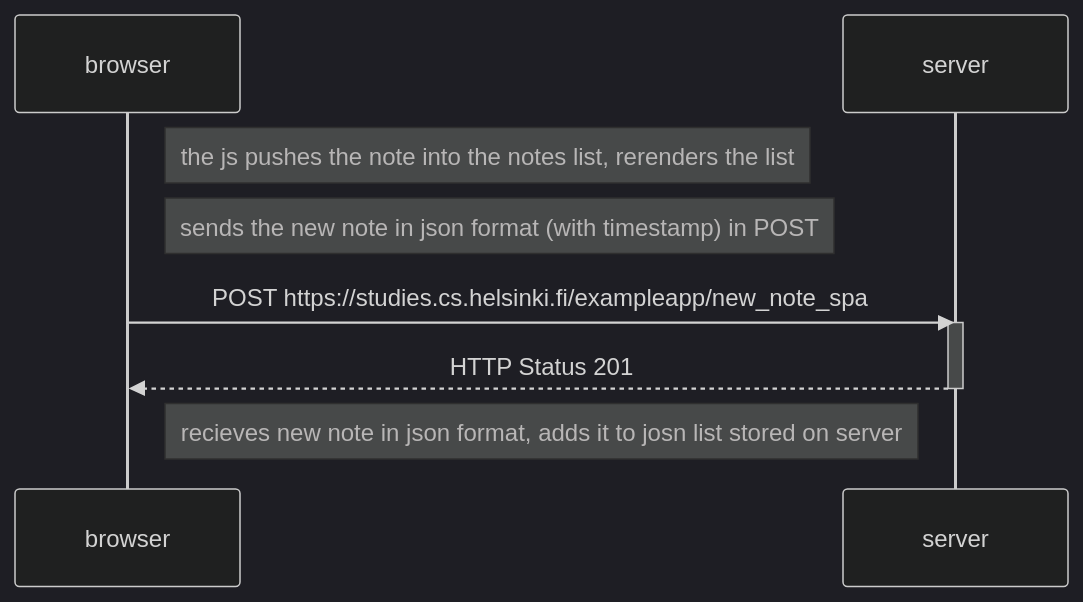
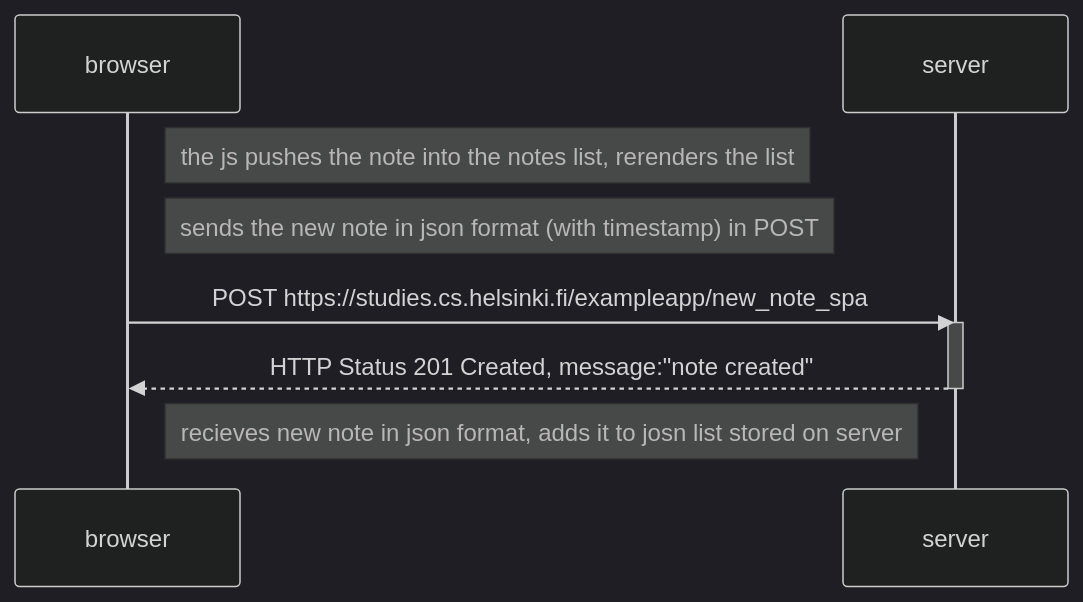
The diagram in part0/0.6 SPA note post.Markdown (Nark-arch/Full-Stack-Open-Coursework), drawn with Mermaid (dark theme) before and after one commit.

Commit message:
Update 0.6 SPA note post.Markdown

````diff
--- a/part0/0.6 SPA note post.Markdown
+++ b/part0/0.6 SPA note post.Markdown
@@ -1,12 +1,12 @@
 ```mermaid
     sequenceDiagram 
         participant browser
         participant server
         note right of browser: the js pushes the note into the notes list, rerenders the list
         note right of browser: sends the new note in json format (with timestamp) in POST
         browser ->> server: POST https://studies.cs.helsinki.fi/exampleapp/new_note_spa
         activate server
-        server -->> browser: HTTP Status 201
+        server -->> browser: HTTP Status 201 Created, message:"note created"
         deactivate server
         note left of server: recieves new note in json format, adds it to josn list stored on server
 ```
````
